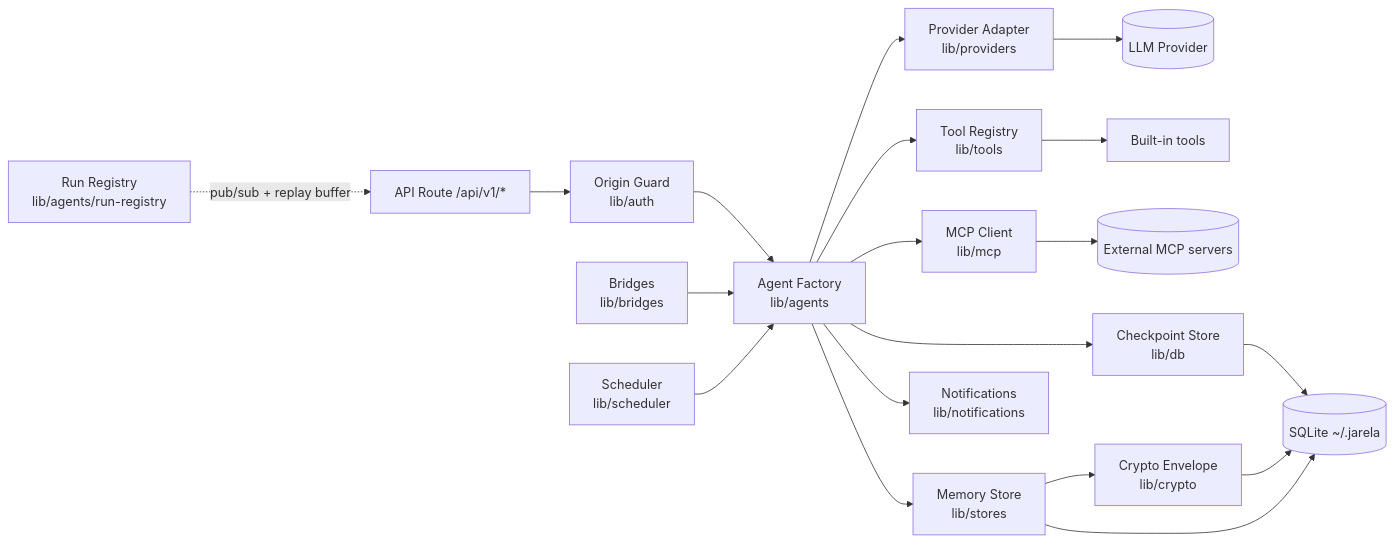
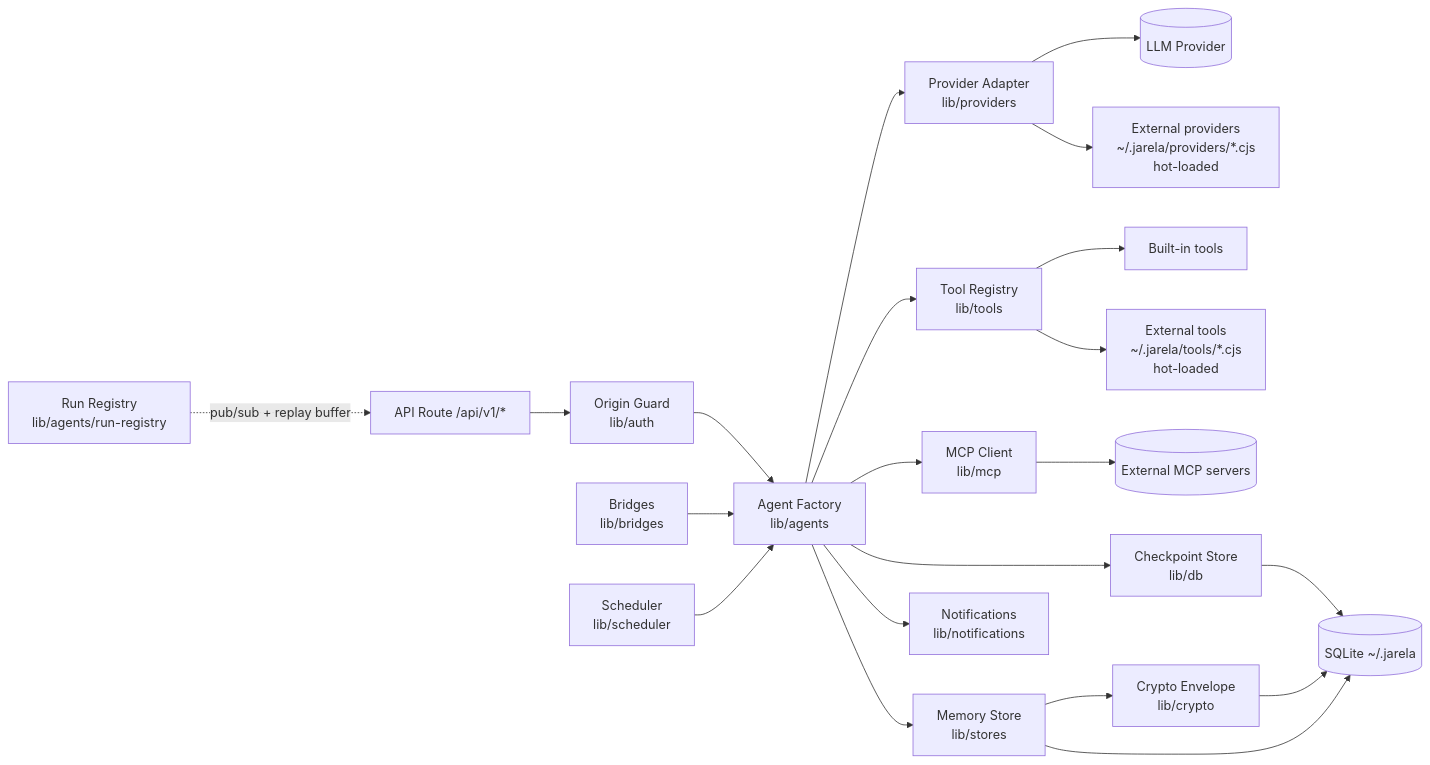
The second of 6 diagrams in ARCHITECTURE.md (CircuitWall/jarela), drawn with Mermaid before and after one commit. The commit also changed other lines of this file and 9 other files, not shown here.

````diff
--- a/ARCHITECTURE.md
+++ b/ARCHITECTURE.md
@@ -63,21 +67,23 @@
 ```mermaid
 flowchart LR
     A[API Route /api/v1/*] --> G0[Origin Guard<br/>lib/auth]
     G0 --> B[Agent Factory<br/>lib/agents]
     B --> C[Provider Adapter<br/>lib/providers]
     B --> D[Tool Registry<br/>lib/tools]
     B --> E[MCP Client<br/>lib/mcp]
     C --> F[(LLM Provider)]
+    C --> XP[External providers<br/>~/.jarela/providers/*.cjs<br/>hot-loaded]
     D --> G[Built-in tools]
+    D --> XT[External tools<br/>~/.jarela/tools/*.cjs<br/>hot-loaded]
     E --> H[(External MCP servers)]
     B --> I[Checkpoint Store<br/>lib/db]
     I --> J[(SQLite ~/.jarela)]
     B --> K[Memory Store<br/>lib/stores]
     K --> CR[Crypto Envelope<br/>lib/crypto]
     CR --> J
     K --> J
     B --> L[Notifications<br/>lib/notifications]
     BR[Bridges<br/>lib/bridges] --> B
     SC[Scheduler<br/>lib/scheduler] --> B
     RR[Run Registry<br/>lib/agents/run-registry] -.pub/sub + replay buffer.-> A
 ```
````
